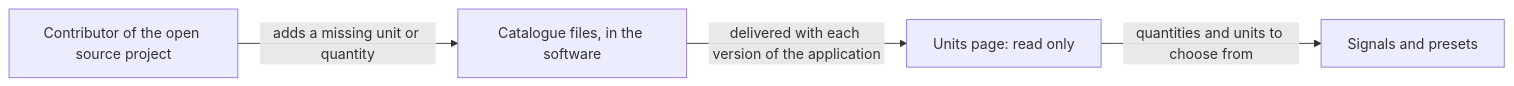
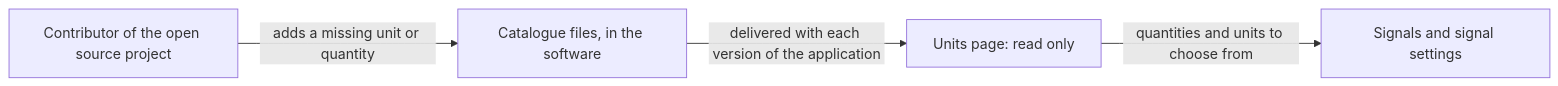
Diagram 25 of 50 in metadata/draft.md (AlexandreGallais/synoptic-studio-spec), drawn with Mermaid before and after one commit. The commit also changed other lines of this file and 65 other files, not shown here.

````diff
--- a/metadata/draft.md
+++ b/metadata/draft.md
@@ -666,6 +666,6 @@
 ```mermaid
 flowchart LR
     C["Contributor of the open source project"] -->|"adds a missing unit or quantity"| F["Catalogue files, in the software"]
     F -->|"delivered with each version of the application"| P["Units page: read only"]
-    P -->|"quantities and units to choose from"| S["Signals and presets"]
+    P -->|"quantities and units to choose from"| S["Signals and signal settings"]
 ```
````
